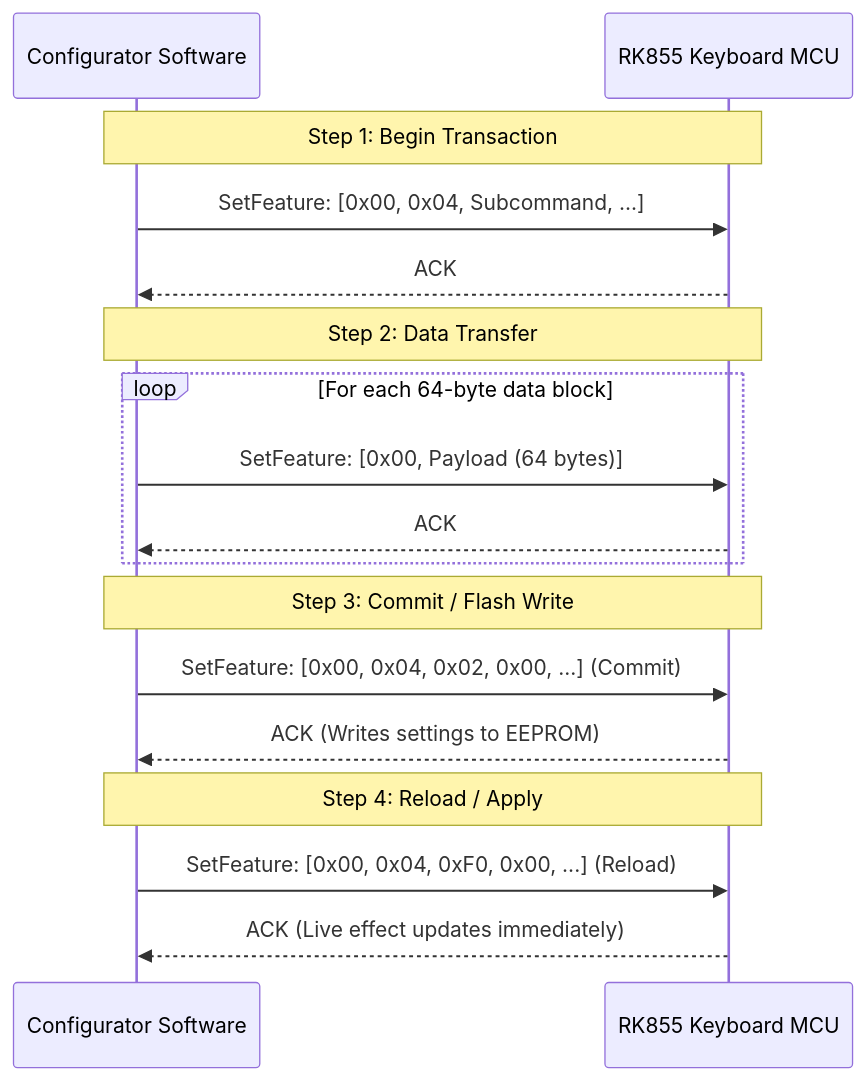
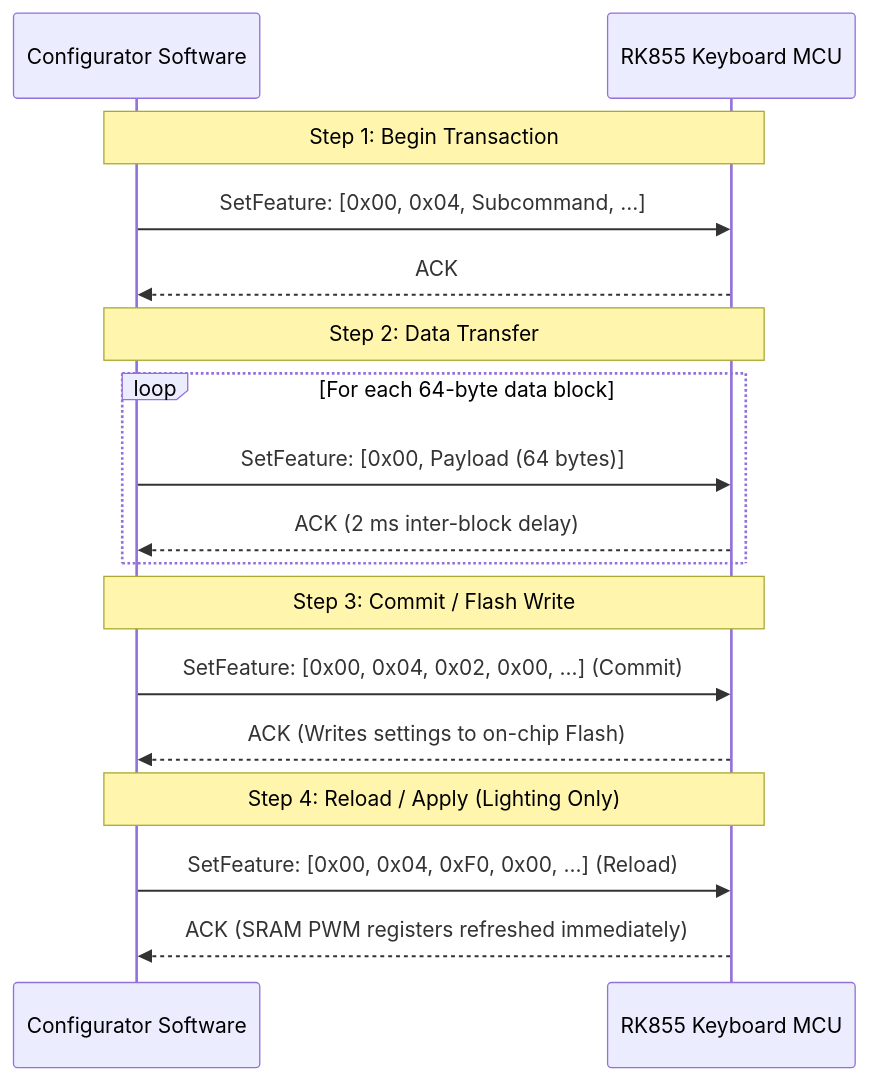
One commit to syfq91/rk855 changed the diagram in docs/configurator_protocol.md. Above: the diagram before and after it, drawn with Mermaid. The commit also changed other lines of this file and 10 other files, not shown here.

````diff
--- a/docs/configurator_protocol.md
+++ b/docs/configurator_protocol.md
@@ -58,23 +72,23 @@
 ```mermaid
 sequenceDiagram
     participant App as Configurator Software
     participant KB as RK855 Keyboard MCU
 
     Note over App,KB: Step 1: Begin Transaction
     App->>KB: SetFeature: [0x00, 0x04, Subcommand, ...]
     KB-->>App: ACK
     
     Note over App,KB: Step 2: Data Transfer
     loop For each 64-byte data block
         App->>KB: SetFeature: [0x00, Payload (64 bytes)]
-        KB-->>App: ACK
+        KB-->>App: ACK (2 ms inter-block delay)
     end
 
     Note over App,KB: Step 3: Commit / Flash Write
     App->>KB: SetFeature: [0x00, 0x04, 0x02, 0x00, ...] (Commit)
-    KB-->>App: ACK (Writes settings to EEPROM)
+    KB-->>App: ACK (Writes settings to on-chip Flash)
 
-    Note over App,KB: Step 4: Reload / Apply
+    Note over App,KB: Step 4: Reload / Apply (Lighting Only)
     App->>KB: SetFeature: [0x00, 0x04, 0xF0, 0x00, ...] (Reload)
-    KB-->>App: ACK (Live effect updates immediately)
+    KB-->>App: ACK (SRAM PWM registers refreshed immediately)
 ```
````
